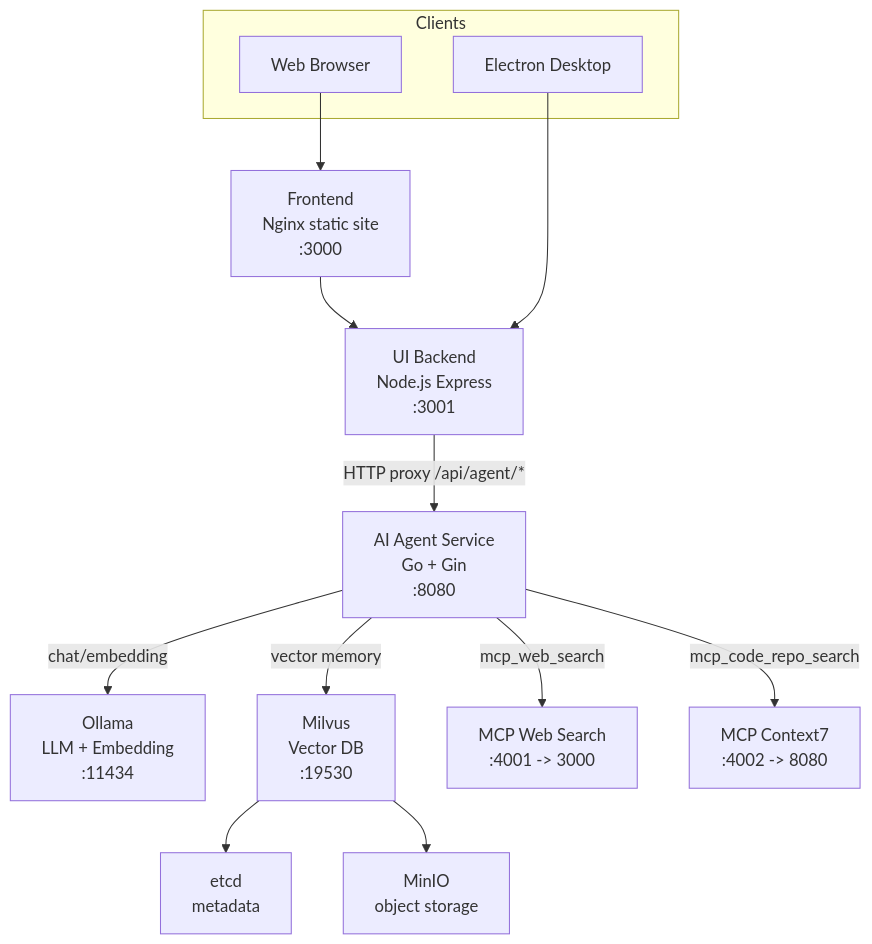
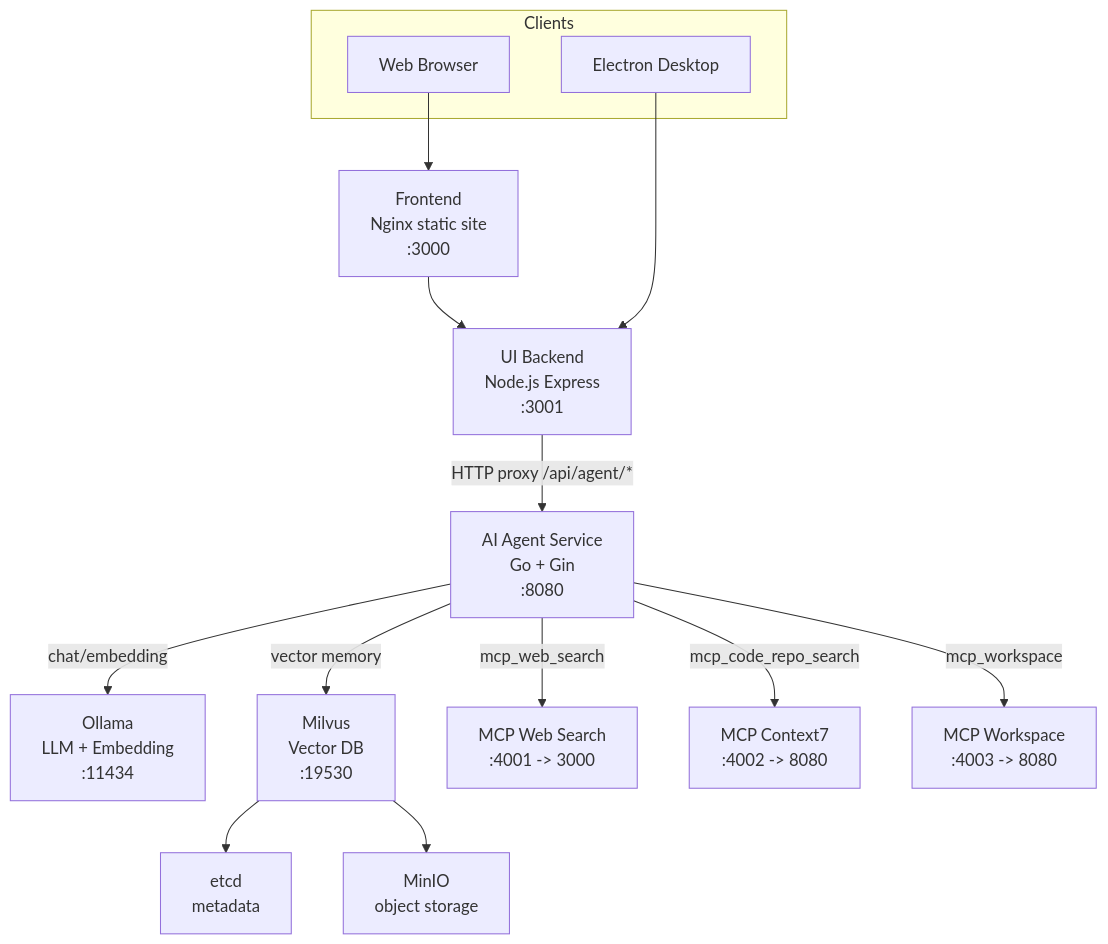
One commit to luoxiaojun1992/ai-agent changed the diagram in ARCHITECTURE.md. Above: the diagram before and after it, drawn with Mermaid. The commit also changed other lines of this file and 10 other files, not shown here.

First line of the commit message:
docs: add competitive gap analysis and architecture-aligned roadmap to README (#30)

````diff
--- a/ARCHITECTURE.md
+++ b/ARCHITECTURE.md
@@ -5,33 +5,35 @@
 ```mermaid
 graph TB
     subgraph Clients
         Web[Web Browser]
         Desktop[Electron Desktop]
     end
 
     Frontend[Frontend\nNginx static site\n:3000]
     UI[UI Backend\nNode.js Express\n:3001]
     SVC[AI Agent Service\nGo + Gin\n:8080]
 
     Ollama[Ollama\nLLM + Embedding\n:11434]
     Milvus[Milvus\nVector DB\n:19530]
     Etcd[etcd\nmetadata]
     Minio[MinIO\nobject storage]
 
     MCPWeb[MCP Web Search\n:4001 -> 3000]
     MCPCtx[MCP Context7\n:4002 -> 8080]
+    MCPWorkspace[MCP Workspace\n:4003 -> 8080]
 
     Web --> Frontend
     Frontend --> UI
     Desktop --> UI
 
     UI -->|HTTP proxy /api/agent/*| SVC
 
     SVC -->|chat/embedding| Ollama
     SVC -->|vector memory| Milvus
     Milvus --> Etcd
     Milvus --> Minio
 
     SVC -->|mcp_web_search| MCPWeb
     SVC -->|mcp_code_repo_search| MCPCtx
+    SVC -->|mcp_workspace| MCPWorkspace
 ```
````
